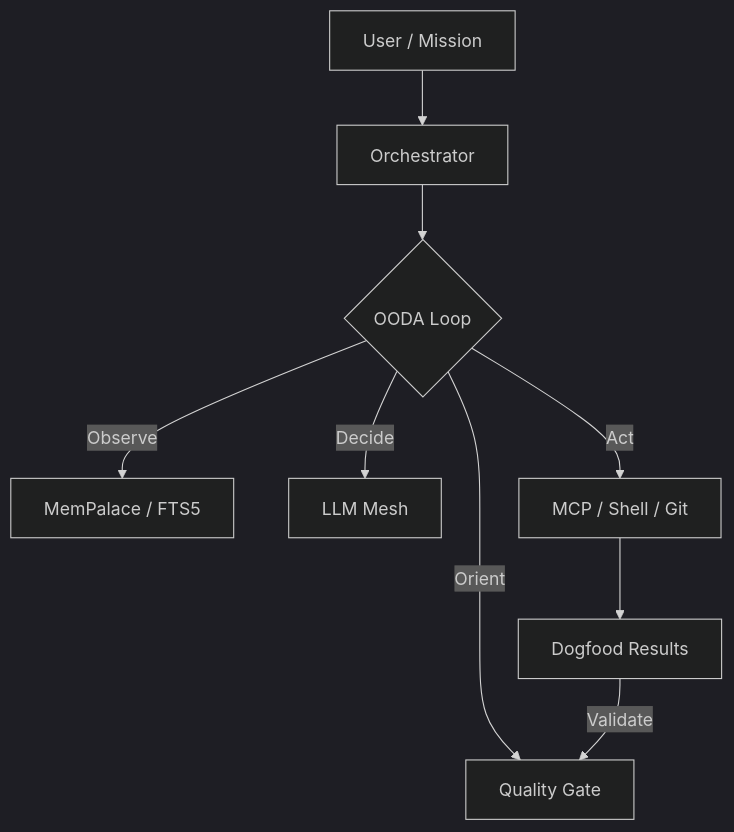
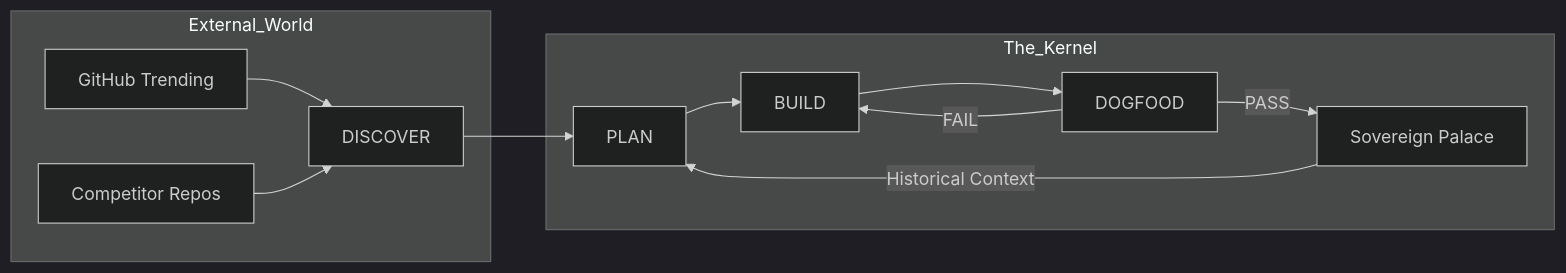
Before and after one commit to stancsz/meow: the diagram in README.md, drawn with Mermaid (dark theme). The commit also changed other lines of this file and 5 other files, not shown here.

````diff
--- a/README.md
+++ b/README.md
@@ -40,11 +46,17 @@
 ```mermaid
-graph TD
-    A[User / Mission] --> B[Orchestrator]
-    B --> C{OODA Loop}
-    C -->|Observe| D[MemPalace / FTS5]
-    C -->|Orient| E[Quality Gate]
-    C -->|Decide| F[LLM Mesh]
-    C -->|Act| G[MCP / Shell / Git]
-    G --> H[Dogfood Results]
-    H -->|Validate| E
+graph LR
+    subgraph External_World
+        G[GitHub Trending] --> D[DISCOVER]
+        L[Competitor Repos] --> D
+    end
+    
+    subgraph The_Kernel
+        D --> P[PLAN]
+        P --> B[BUILD]
+        B --> DF[DOGFOOD]
+        DF -- FAIL --> B
+        DF -- PASS --> SM[Sovereign Palace]
+    end
+    
+    SM -->|Historical Context| P
 ```
````
